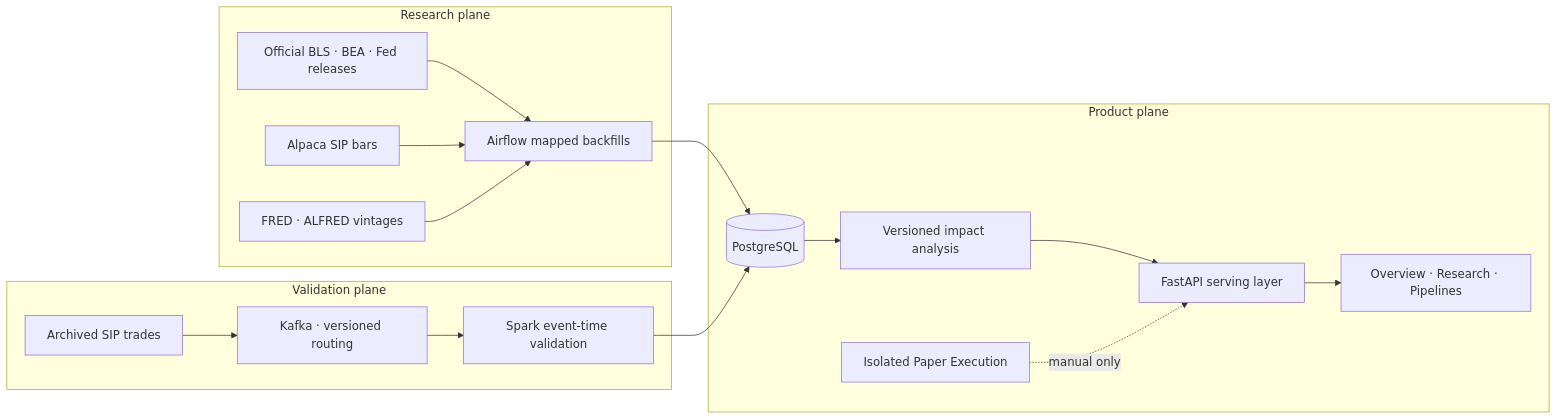
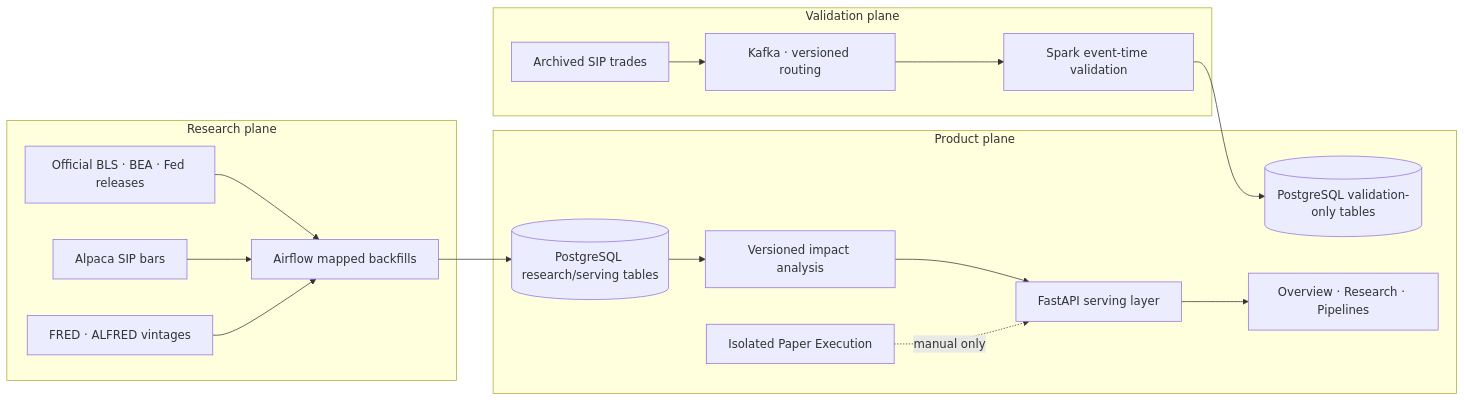
The diagram in README.md (hjh6709/us-market-intelligence-pipeline), drawn with Mermaid before and after one commit. The commit also changed other lines of this file and 21 other files, not shown here.

````diff
--- a/README.md
+++ b/README.md
@@ -54,32 +54,33 @@
 ```mermaid
 flowchart LR
   subgraph Research[Research plane]
     CAL[Official BLS · BEA · Fed releases]
     ALP[Alpaca SIP bars]
     FRED[FRED · ALFRED vintages]
     AF[Airflow mapped backfills]
     CAL --> AF
     ALP --> AF
     FRED --> AF
   end
 
   subgraph Validation[Validation plane]
     PQ[Archived SIP trades]
     K[Kafka · versioned routing]
     S[Spark event-time validation]
     PQ --> K --> S
   end
 
   subgraph Product[Product plane]
-    PG[(PostgreSQL)]
+    PG[(PostgreSQL research/serving tables)]
+    VPG[(PostgreSQL validation-only tables)]
     A[Versioned impact analysis]
     API[FastAPI serving layer]
     UI[Overview · Research · Pipelines]
     PAPER[Isolated Paper Execution]
     PG --> A --> API --> UI
     PAPER -. manual only .-> API
   end
 
   AF --> PG
-  S --> PG
+  S --> VPG
 ```
````
